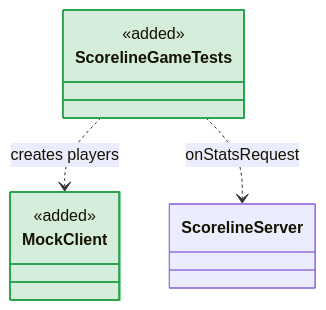
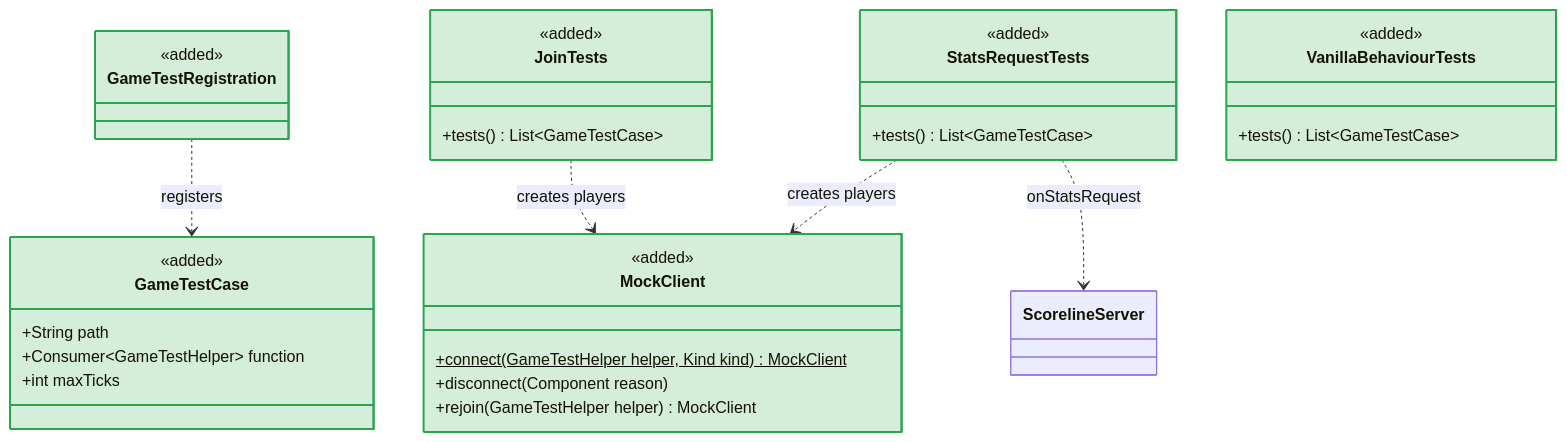
The seventh of 9 diagrams in design/plans/v0.2-protocol.md (4Source/scoreline-minecraft-mod), drawn with Mermaid before and after one commit. The commit also changed other lines of this file and 7 other files, not shown here.

First line of the commit message:
test(gametest): add game tests with a mock client for the stats exchange

````diff
--- a/design/plans/v0.2-protocol.md
+++ b/design/plans/v0.2-protocol.md
@@ -508,14 +512,41 @@
 ```mermaid
 classDiagram
-    class ScorelineGameTests {
+    class GameTestRegistration {
         <<added>>
+    }
+    class GameTestCase {
+        <<added>>
+        +String path
+        +Consumer~GameTestHelper~ function
+        +int maxTicks
+    }
+    class JoinTests {
+        <<added>>
+        +tests() List~GameTestCase~
+    }
+    class StatsRequestTests {
+        <<added>>
+        +tests() List~GameTestCase~
+    }
+    class VanillaBehaviourTests {
+        <<added>>
+        +tests() List~GameTestCase~
     }
     class MockClient {
         <<added>>
+        +connect(GameTestHelper helper, Kind kind)$ MockClient
+        +disconnect(Component reason)
+        +rejoin(GameTestHelper helper) MockClient
     }
     class ScorelineServer
-    ScorelineGameTests ..> MockClient : creates players
-    ScorelineGameTests ..> ScorelineServer : onStatsRequest
-    style ScorelineGameTests fill:#2da44e33,stroke:#2da44e,stroke-width:2px
+    GameTestRegistration ..> GameTestCase : registers
+    JoinTests ..> MockClient : creates players
+    StatsRequestTests ..> MockClient : creates players
+    StatsRequestTests ..> ScorelineServer : onStatsRequest
+    style GameTestRegistration fill:#2da44e33,stroke:#2da44e,stroke-width:2px
+    style GameTestCase fill:#2da44e33,stroke:#2da44e,stroke-width:2px
+    style JoinTests fill:#2da44e33,stroke:#2da44e,stroke-width:2px
+    style StatsRequestTests fill:#2da44e33,stroke:#2da44e,stroke-width:2px
+    style VanillaBehaviourTests fill:#2da44e33,stroke:#2da44e,stroke-width:2px
     style MockClient fill:#2da44e33,stroke:#2da44e,stroke-width:2px
 ```
````
